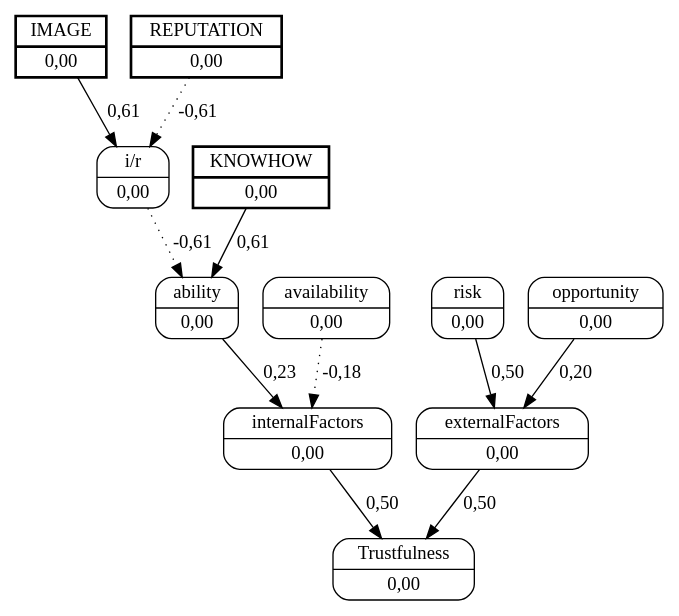
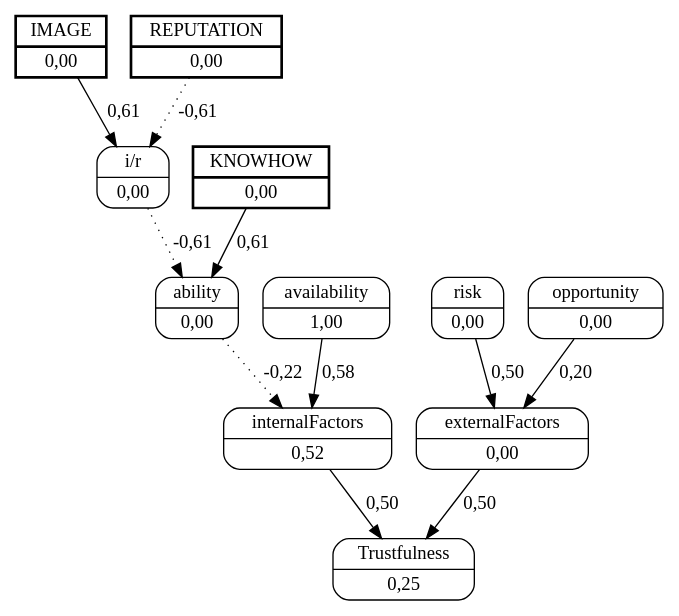
The diagram in unload_boxes/dots/worker_1helper_7.dot (jjbaqueta/unload_experiment), drawn with Graphviz before and after one commit. The commit also changed 297 other files, not shown here.

```diff
--- a/unload_boxes/dots/worker_1helper_7.dot
+++ b/unload_boxes/dots/worker_1helper_7.dot
@@ -1,25 +1,25 @@
 digraph FCM_net{
 	node [shape=record, style=rounded]
 	0 [label="{IMAGE | 0,00}", style=bold, penwidth=2, peripheries=2];
 	1 [label="{REPUTATION | 0,00}", style=bold, penwidth=2, peripheries=2];
 	2 [label="{KNOWHOW | 0,00}", style=bold, penwidth=2, peripheries=2];
 	0 [label="{IMAGE | 0,00}"];
 	3 [label="{i/r | 0,00}"];
 	4 [label="{ability | 0,00}"];
-	5 [label="{availability | 0,00}"];
-	6 [label="{internalFactors | 0,00}"];
+	5 [label="{availability | 1,00}"];
+	6 [label="{internalFactors | 0,52}"];
 	7 [label="{risk | 0,00}"];
 	8 [label="{opportunity | 0,00}"];
 	9 [label="{externalFactors | 0,00}"];
-	10 [label="{Trustfulness | 0,00}"];
+	10 [label="{Trustfulness | 0,25}"];
 	0 -> 3 [label = "0,61"];
 	1 -> 3 [label = "-0,61", style=dotted];
 	3 -> 4 [label = "-0,61", style=dotted];
 	2 -> 4 [label = "0,61"];
-	4 -> 6 [label = "0,23"];
-	5 -> 6 [label = "-0,18", style=dotted];
+	4 -> 6 [label = "-0,22", style=dotted];
+	5 -> 6 [label = "0,58"];
 	6 -> 10 [label = "0,50"];
 	7 -> 9 [label = "0,50"];
 	8 -> 9 [label = "0,20"];
 	9 -> 10 [label = "0,50"];
 }
```
